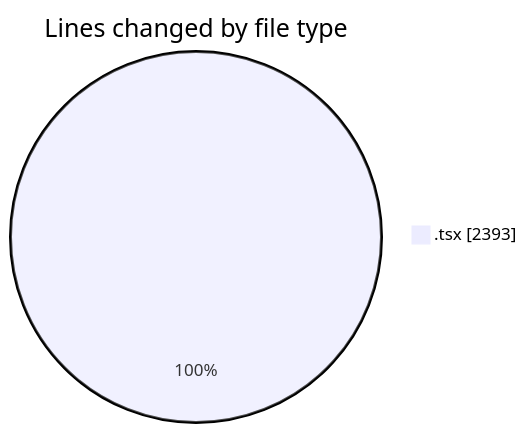
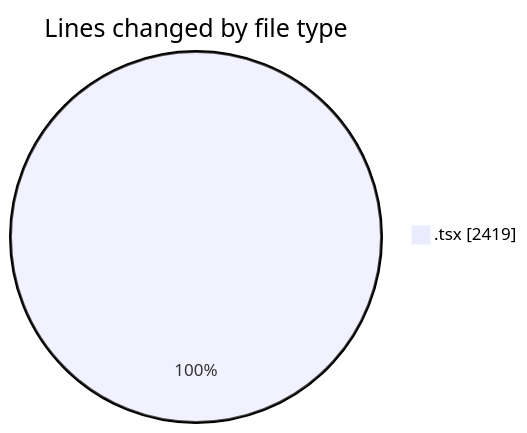
Before and after one commit to nxtqubesakshisongat/code-tracking: the first of 2 diagrams in 2026-02-09/nxtqube_webapp/README.md, drawn with Mermaid. The commit also changed other lines of this file and 1 other file, not shown here.

````diff
--- a/2026-02-09/nxtqube_webapp/README.md
+++ b/2026-02-09/nxtqube_webapp/README.md
@@ -22,5 +22,5 @@
 ```mermaid
 pie showData
 title Lines changed by file type
-".tsx" : 2393
+".tsx" : 2419
 ```
````
